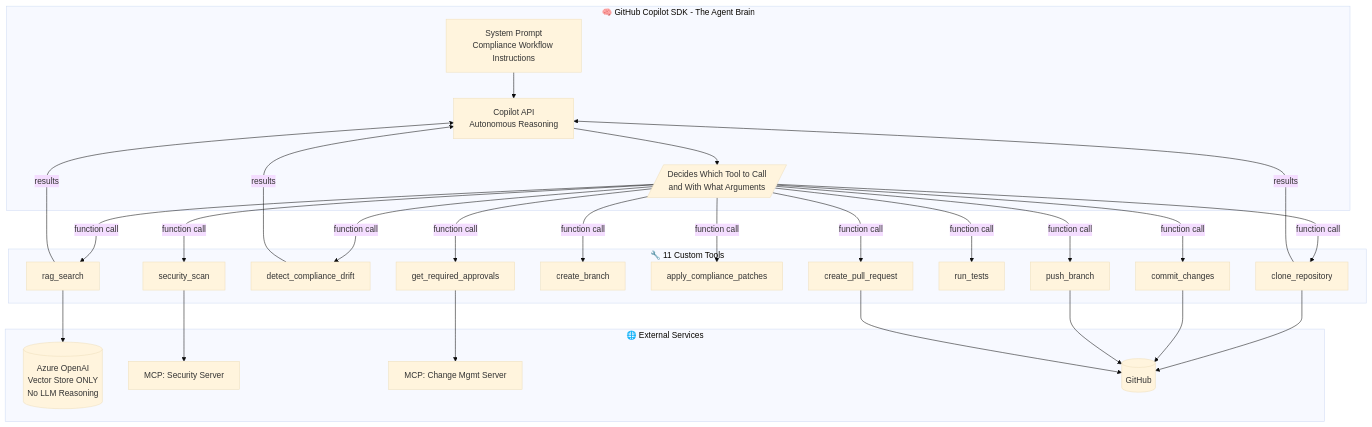
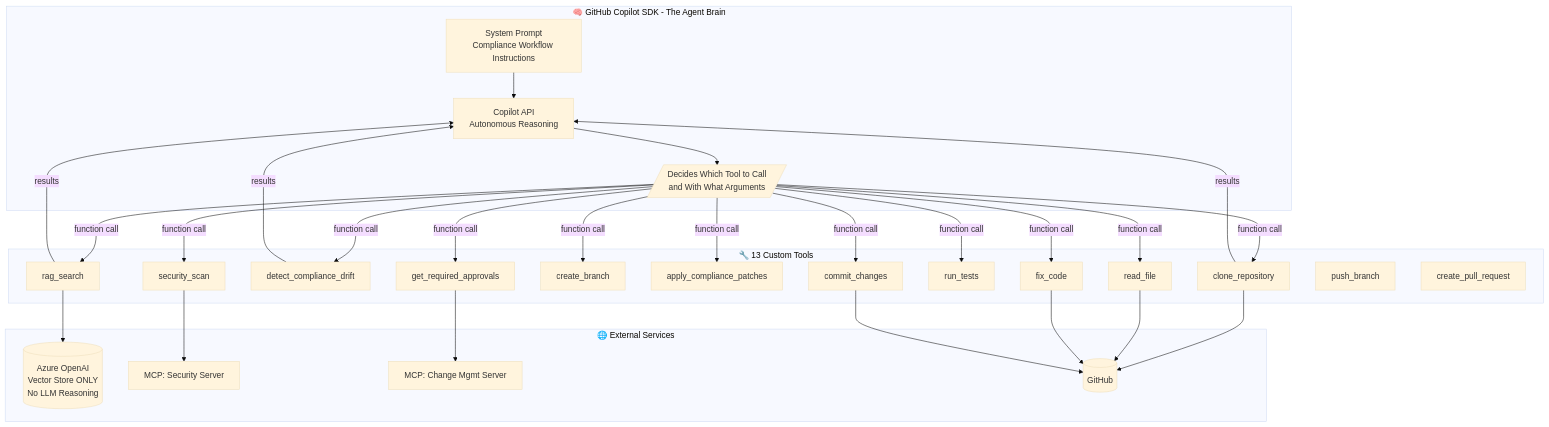
One commit to MSFT-Innovation-Hub-India/GHCP-CLI-SDK-PR-AUTOMATION changed the first of 4 diagrams in docs/ARCHITECTURE_FLOW.md. Above: the diagram before and after it, drawn with Mermaid (base theme). The commit also changed other lines of this file and 3 other files, not shown here.

````diff
--- a/docs/ARCHITECTURE_FLOW.md
+++ b/docs/ARCHITECTURE_FLOW.md
@@ -19,42 +19,44 @@
 ```mermaid
 flowchart TB
     subgraph AgentBrain["🧠 GitHub Copilot SDK - The Agent Brain"]
         LLM[Copilot API<br/>Autonomous Reasoning]
         PROMPT[System Prompt<br/>Compliance Workflow Instructions]
         DECIDE[/"Decides Which Tool to Call<br/>and With What Arguments"/]
     end
 
-    subgraph CustomTools["🔧 11 Custom Tools"]
+    subgraph CustomTools["🔧 13 Custom Tools"]
         T1[rag_search]
         T2[clone_repository]
         T3[detect_compliance_drift]
         T4[security_scan]
         T5[create_branch]
         T6[apply_compliance_patches]
         T7[get_required_approvals]
         T8[run_tests]
-        T9[commit_changes]
-        T10[push_branch]
-        T11[create_pull_request]
+        T9[read_file]
+        T10[fix_code]
+        T11[commit_changes]
+        T12[push_branch]
+        T13[create_pull_request]
     end
 
     subgraph External["🌐 External Services"]
         AOAI[(Azure OpenAI<br/>Vector Store ONLY<br/>No LLM Reasoning)]
         MCP_SEC[MCP: Security Server]
         MCP_CM[MCP: Change Mgmt Server]
         GH[(GitHub)]
     end
 
     LLM --> DECIDE
     PROMPT --> LLM
     DECIDE -->|function call| T1 & T2 & T3 & T4 & T5 & T6 & T7 & T8 & T9 & T10 & T11
     
     T1 -->|results| LLM
     T2 -->|results| LLM
     T3 -->|results| LLM
     
     T1 --> AOAI
     T4 --> MCP_SEC
     T7 --> MCP_CM
     T2 & T9 & T10 & T11 --> GH
 ```
````
